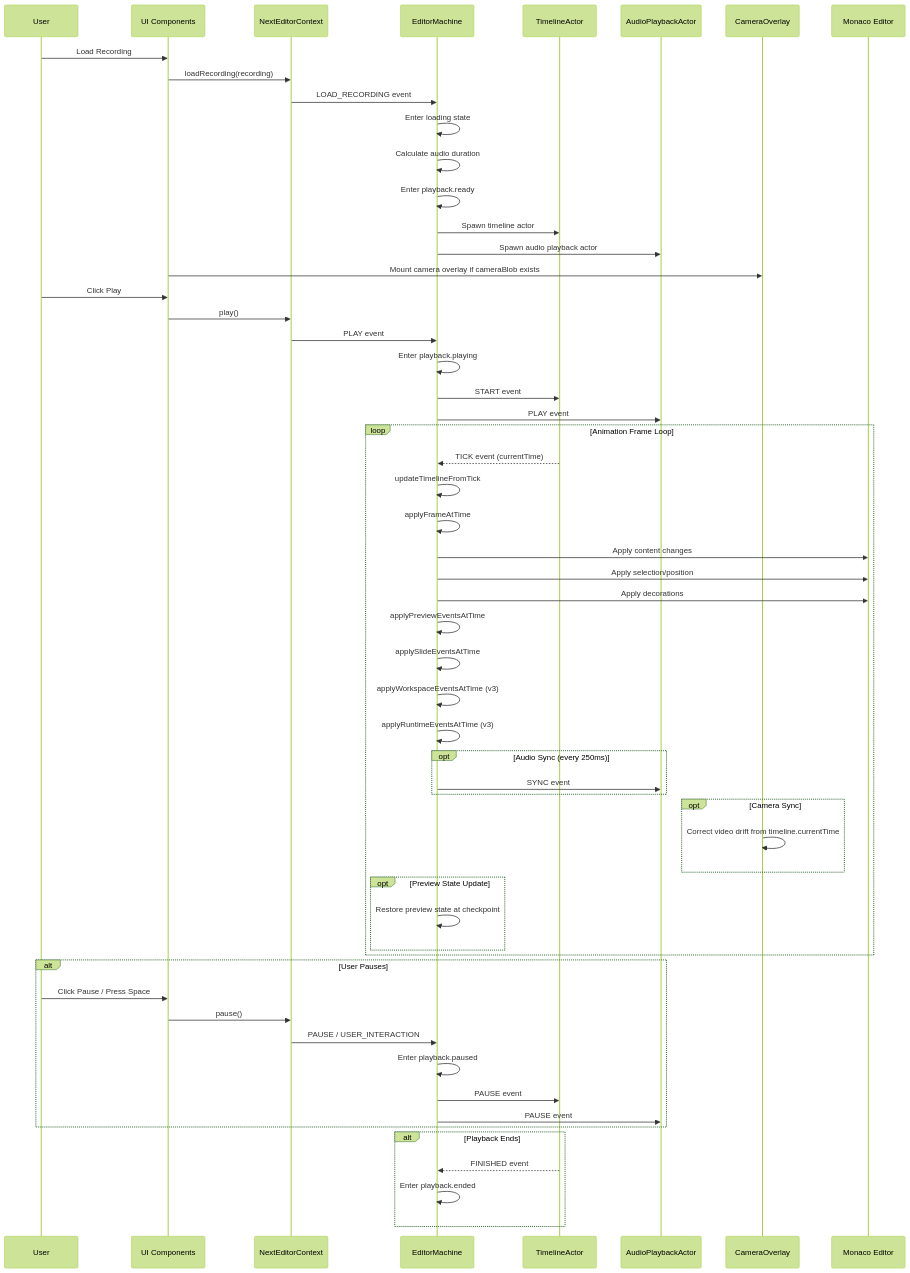
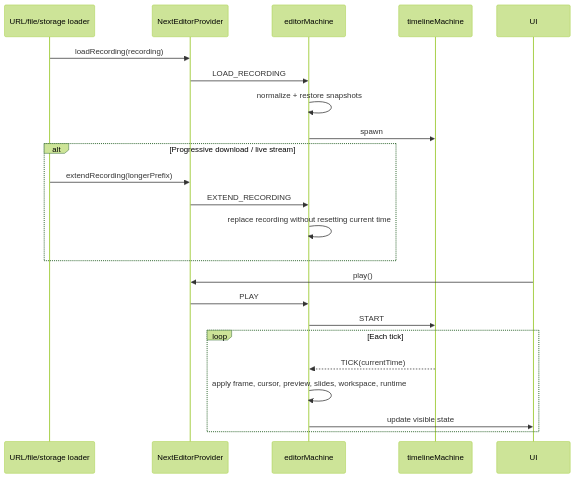
The third of 5 diagrams in docs/data-flow.md (channyeintun/next-editor), drawn with Mermaid (forest theme) before and after one commit. The commit also changed other lines of this file and 4 other files, not shown here.

````diff
--- a/docs/data-flow.md
+++ b/docs/data-flow.md
@@ -163,68 +93,29 @@
 ```mermaid
 sequenceDiagram
-    participant User
-    participant UI as UI Components
-    participant Context as NextEditorContext
-    participant Machine as EditorMachine
-    participant Timeline as TimelineActor
-    participant Audio as AudioPlaybackActor
-    participant Camera as CameraOverlay
-    participant Editor as Monaco Editor
+    participant Loader as URL/file/storage loader
+    participant Provider as NextEditorProvider
+    participant Machine as editorMachine
+    participant Timeline as timelineMachine
+    participant UI
 
-    User->>UI: Load Recording
-    UI->>Context: loadRecording(recording)
-    Context->>Machine: LOAD_RECORDING event
-    Machine->>Machine: Enter loading state
-    Machine->>Machine: Calculate audio duration
-    Machine->>Machine: Enter playback.ready
+    Loader->>Provider: loadRecording(recording)
+    Provider->>Machine: LOAD_RECORDING
+    Machine->>Machine: normalize + restore snapshots
+    Machine->>Timeline: spawn
 
-    Machine->>Timeline: Spawn timeline actor
-    Machine->>Audio: Spawn audio playback actor
-    UI->>Camera: Mount camera overlay if cameraBlob exists
-
-    User->>UI: Click Play
-    UI->>Context: play()
-    Context->>Machine: PLAY event
-    Machine->>Machine: Enter playback.playing
-    Machine->>Timeline: START event
-    Machine->>Audio: PLAY event
-
-    loop Animation Frame Loop
-        Timeline-->>Machine: TICK event (currentTime)
-        Machine->>Machine: updateTimelineFromTick
-        Machine->>Machine: applyFrameAtTime
-        Machine->>Editor: Apply content changes
-        Machine->>Editor: Apply selection/position
-        Machine->>Editor: Apply decorations
-        Machine->>Machine: applyPreviewEventsAtTime
-        Machine->>Machine: applySlideEventsAtTime
-        Machine->>Machine: applyWorkspaceEventsAtTime (v3)
-        Machine->>Machine: applyRuntimeEventsAtTime (v3)
-
-        opt Audio Sync (every 250ms)
-            Machine->>Audio: SYNC event
-        end
-
-        opt Camera Sync
-            Camera->>Camera: Correct video drift from timeline.currentTime
-        end
-
-        opt Preview State Update
-            Machine->>Machine: Restore preview state at checkpoint
-        end
+    alt Progressive download / live stream
+        Loader->>Provider: extendRecording(longerPrefix)
+        Provider->>Machine: EXTEND_RECORDING
+        Machine->>Machine: replace recording without resetting current time
     end
 
-    alt User Pauses
-        User->>UI: Click Pause / Press Space
-        UI->>Context: pause()
-        Context->>Machine: PAUSE / USER_INTERACTION
-        Machine->>Machine: Enter playback.paused
-        Machine->>Timeline: PAUSE event
-        Machine->>Audio: PAUSE event
-    end
+    UI->>Provider: play()
+    Provider->>Machine: PLAY
+    Machine->>Timeline: START
 
-    alt Playback Ends
-        Timeline-->>Machine: FINISHED event
-        Machine->>Machine: Enter playback.ended
+    loop Each tick
+        Timeline-->>Machine: TICK(currentTime)
+        Machine->>Machine: apply frame, cursor, preview, slides, workspace, runtime
+        Machine->>UI: update visible state
     end
 ```
````
